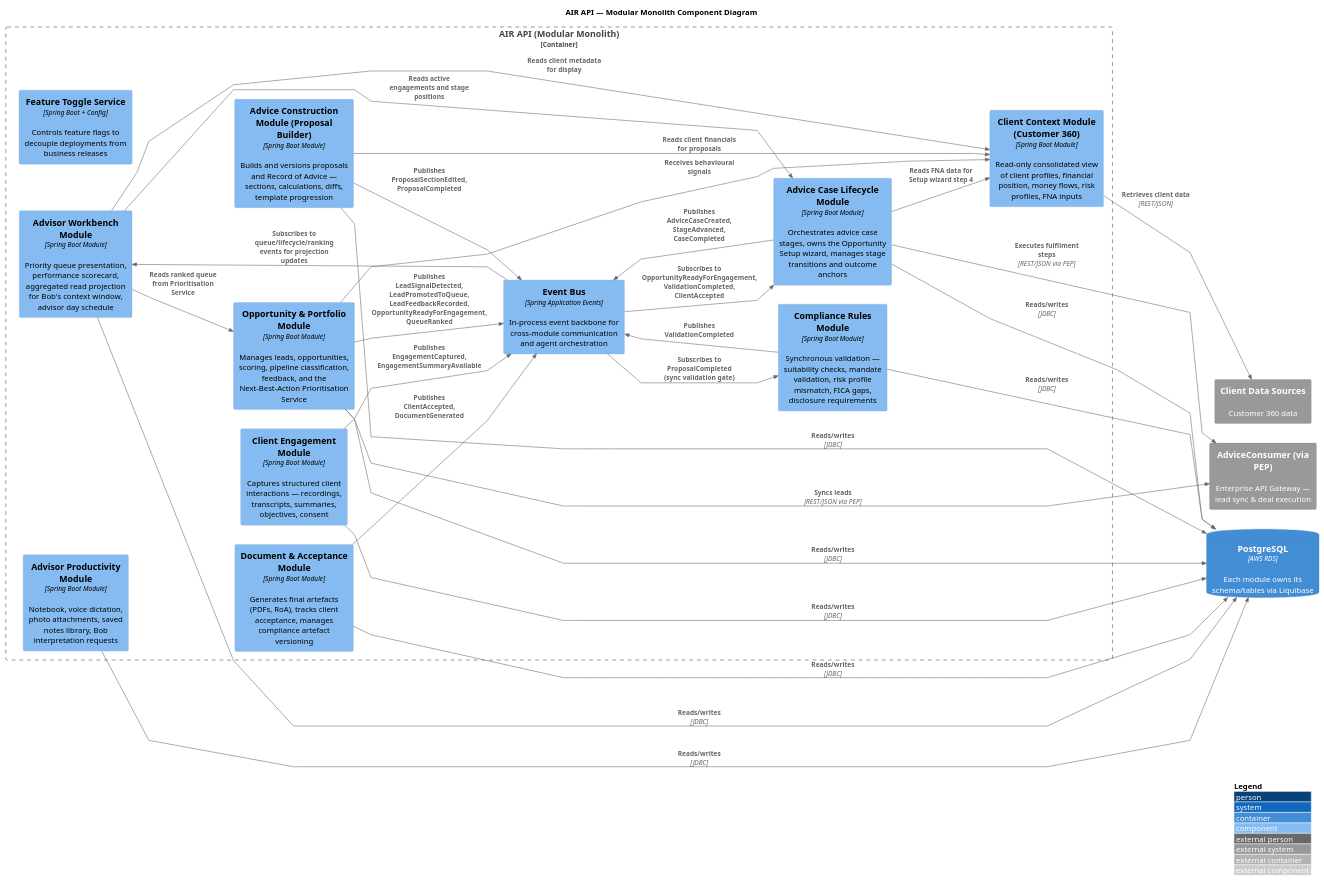
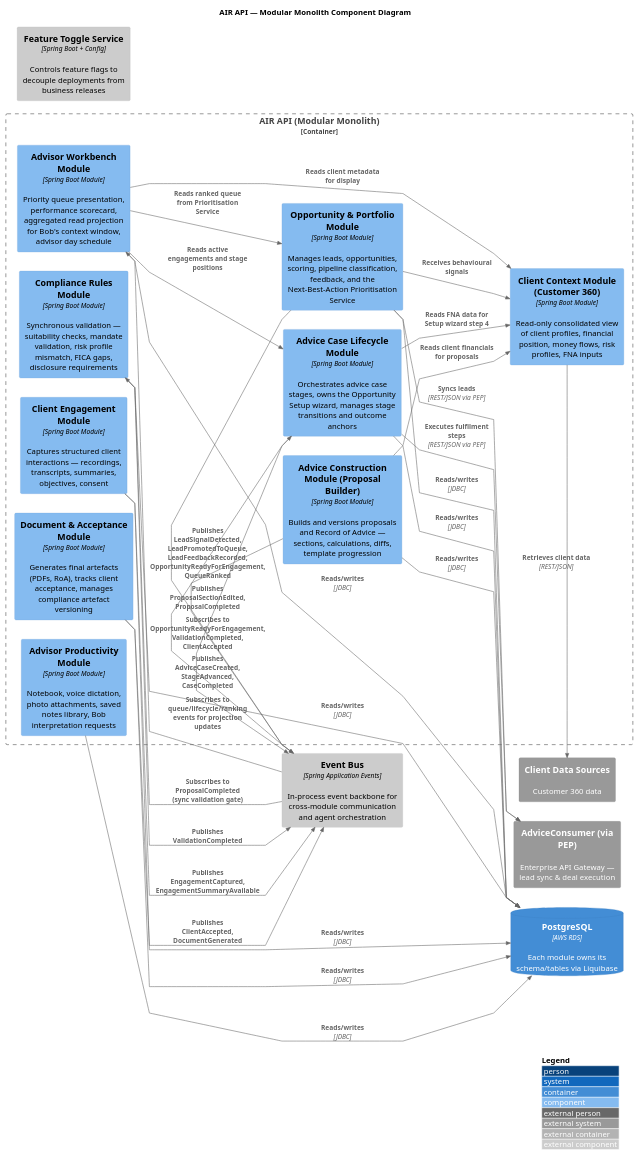
Before and after one commit to ChrisLangsfordEn/obsidian-vault: the diagram in 03-Projects/AIR/SAD/Diagrams/Component - API.md, drawn with PlantUML. The commit also changed 2 other files, not shown here.

Commit message:
vault backup: 2026-05-25 12:59:03

````diff
--- a/03-Projects/AIR/SAD/Diagrams/Component - API.md
+++ b/03-Projects/AIR/SAD/Diagrams/Component - API.md
@@ -1,80 +1,82 @@
 ```plantuml
 @startuml AIR_API_Components
 !include https://raw.githubusercontent.com/plantuml-stdlib/C4-PlantUML/master/C4_Component.puml
 
 LAYOUT_WITH_LEGEND()
 LAYOUT_LEFT_RIGHT()
 
 skinparam linetype polyline
 
 title AIR API — Modular Monolith Component Diagram
 
+' === Cross-cutting services ===
+    together {
+        Component_Ext(featureToggles, "Feature Toggle Service", "Spring Boot + Config", "Controls feature flags to decouple deployments from business releases")
+    }
+
+' === Event Bus ===
+    Component_Ext(eventBus, "Event Bus", "Spring Application Events", "In-process event backbone for cross-module communication and agent orchestration")
+
 Container_Boundary(api, "AIR API (Modular Monolith)") {
-
-    ' === Cross-cutting services ===
-    together {
-        Component(featureToggles, "Feature Toggle Service", "Spring Boot + Config", "Controls feature flags to decouple deployments from business releases")
-    }
 
     ' === Core Domain Modules ===
     Component(workbenchModule, "Advisor Workbench Module", "Spring Boot Module", "Priority queue presentation, performance scorecard, aggregated read projection for Bob's context window, advisor day schedule")
     Component(opportunityModule, "Opportunity & Portfolio Module", "Spring Boot Module", "Manages leads, opportunities, scoring, pipeline classification, feedback, and the Next-Best-Action Prioritisation Service")
     Component(clientModule, "Client Context Module (Customer 360)", "Spring Boot Module", "Read-only consolidated view of client profiles, financial position, money flows, risk profiles, FNA inputs")
     Component(lifecycleModule, "Advice Case Lifecycle Module", "Spring Boot Module", "Orchestrates advice case stages, owns the Opportunity Setup wizard, manages stage transitions and outcome anchors")
     Component(proposalModule, "Advice Construction Module (Proposal Builder)", "Spring Boot Module", "Builds and versions proposals and Record of Advice — sections, calculations, diffs, template progression")
     Component(rulesModule, "Compliance Rules Module", "Spring Boot Module", "Synchronous validation — suitability checks, mandate validation, risk profile mismatch, FICA gaps, disclosure requirements")
 
     ' === Supporting Domain Modules ===
     Component(engagementModule, "Client Engagement Module", "Spring Boot Module", "Captures structured client interactions — recordings, transcripts, summaries, objectives, consent")
     Component(documentModule, "Document & Acceptance Module", "Spring Boot Module", "Generates final artefacts (PDFs, RoA), tracks client acceptance, manages compliance artefact versioning")
     Component(productivityModule, "Advisor Productivity Module", "Spring Boot Module", "Notebook, voice dictation, photo attachments, saved notes library, Bob interpretation requests")
 
-    ' === Event Bus ===
-    Component(eventBus, "Event Bus", "Spring Application Events", "In-process event backbone for cross-module communication and agent orchestration")
+   
 }
 
 ' === External Systems ===
 together {
     ContainerDb(db, "PostgreSQL", "AWS RDS", "Each module owns its schema/tables via Liquibase")
     System_Ext(pep, "AdviceConsumer (via PEP)", "Enterprise API Gateway — lead sync & deal execution")
     System_Ext(clientSystems, "Client Data Sources", "Customer 360 data")
 }
 
 ' === Relationships: Modules -> Event Bus ===
 Rel(opportunityModule, eventBus, "Publishes LeadSignalDetected, LeadPromotedToQueue, LeadFeedbackRecorded, OpportunityReadyForEngagement, QueueRanked")
 Rel(lifecycleModule, eventBus, "Publishes AdviceCaseCreated, StageAdvanced, CaseCompleted")
 Rel(proposalModule, eventBus, "Publishes ProposalSectionEdited, ProposalCompleted")
 Rel(engagementModule, eventBus, "Publishes EngagementCaptured, EngagementSummaryAvailable")
 Rel(documentModule, eventBus, "Publishes ClientAccepted, DocumentGenerated")
 Rel(rulesModule, eventBus, "Publishes ValidationCompleted")
 
 ' === Relationships: Event Bus -> Consuming Modules ===
 Rel(eventBus, workbenchModule, "Subscribes to queue/lifecycle/ranking events for projection updates")
 Rel(eventBus, lifecycleModule, "Subscribes to OpportunityReadyForEngagement, ValidationCompleted, ClientAccepted")
 Rel(eventBus, rulesModule, "Subscribes to ProposalCompleted (sync validation gate)")
 
 ' === Relationships: Module -> Module (direct reads) ===
 Rel(workbenchModule, opportunityModule, "Reads ranked queue from Prioritisation Service")
 Rel(workbenchModule, lifecycleModule, "Reads active engagements and stage positions")
 Rel(workbenchModule, clientModule, "Reads client metadata for display")
 Rel(lifecycleModule, clientModule, "Reads FNA data for Setup wizard step 4")
 Rel(proposalModule, clientModule, "Reads client financials for proposals")
 Rel(opportunityModule, clientModule, "Receives behavioural signals")
 
 ' === Relationships: Modules -> External Services ===
 Rel(opportunityModule, pep, "Syncs leads", "REST/JSON via PEP")
 Rel(lifecycleModule, pep, "Executes fulfilment steps", "REST/JSON via PEP")
 Rel(clientModule, clientSystems, "Retrieves client data", "REST/JSON")
 
 ' === Relationships: Modules -> Database ===
 Rel(workbenchModule, db, "Reads/writes", "JDBC")
 Rel(opportunityModule, db, "Reads/writes", "JDBC")
 Rel(lifecycleModule, db, "Reads/writes", "JDBC")
 Rel(proposalModule, db, "Reads/writes", "JDBC")
 Rel(rulesModule, db, "Reads/writes", "JDBC")
 Rel(engagementModule, db, "Reads/writes", "JDBC")
 Rel(documentModule, db, "Reads/writes", "JDBC")
 Rel(productivityModule, db, "Reads/writes", "JDBC")
 
 @enduml
 ```
````
